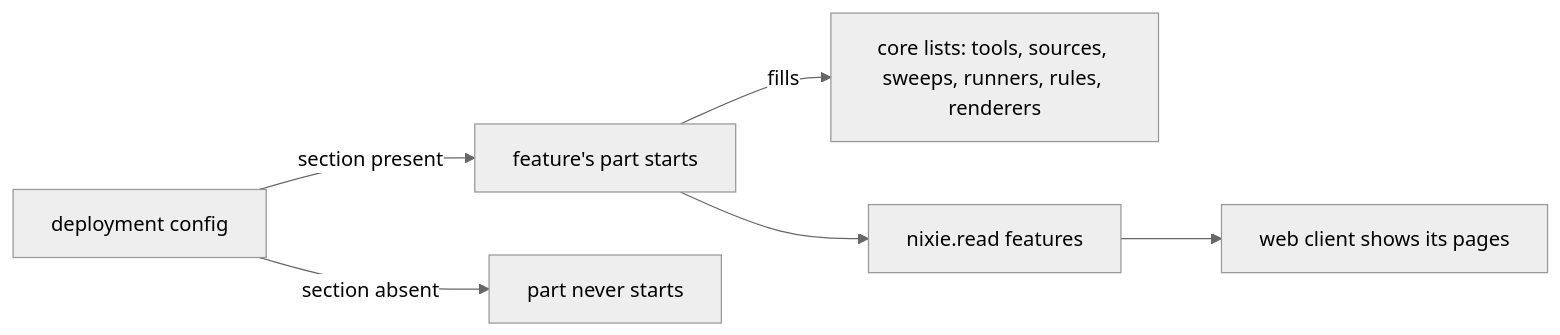
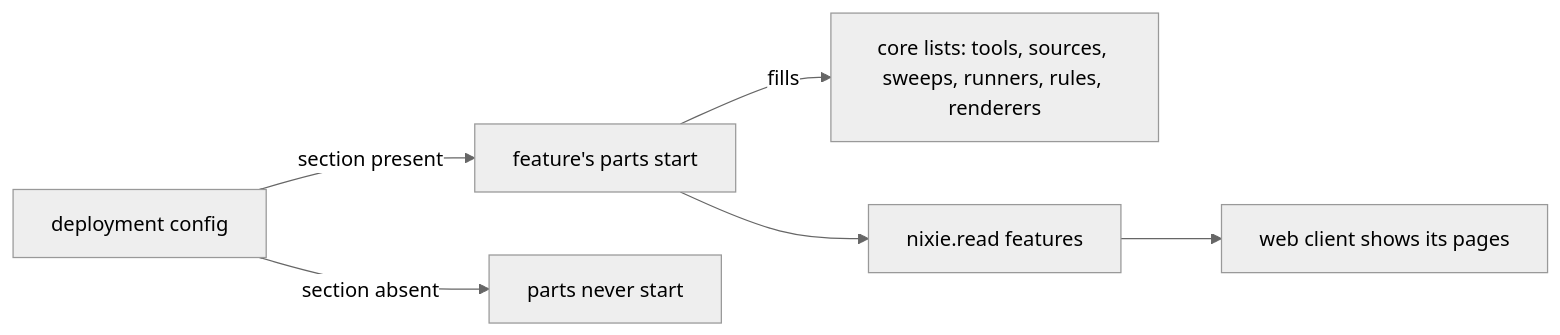
One commit to zgeoff/nixie changed the diagram in docs/design/queue/feature-switches.md. Above: the diagram before and after it, drawn with Mermaid (neutral theme). The commit also changed other lines of this file and 1 other file, not shown here.

Commit message:
docs(design): settle feature switches after the blind tests

````diff
--- a/docs/design/queue/feature-switches.md
+++ b/docs/design/queue/feature-switches.md
@@ -14,8 +15,8 @@
 ```mermaid
 flowchart LR
-  config[deployment config] -->|"section present"| part[feature's part starts]
-  config -->|"section absent"| none[part never starts]
+  config[deployment config] -->|"section present"| part[feature's parts start]
+  config -->|"section absent"| none[parts never start]
   part -->|"fills"| lists[core lists: tools, sources, sweeps, runners, rules, renderers]
   part --> features[nixie.read features]
   features --> client[web client shows its pages]
 ```
````
